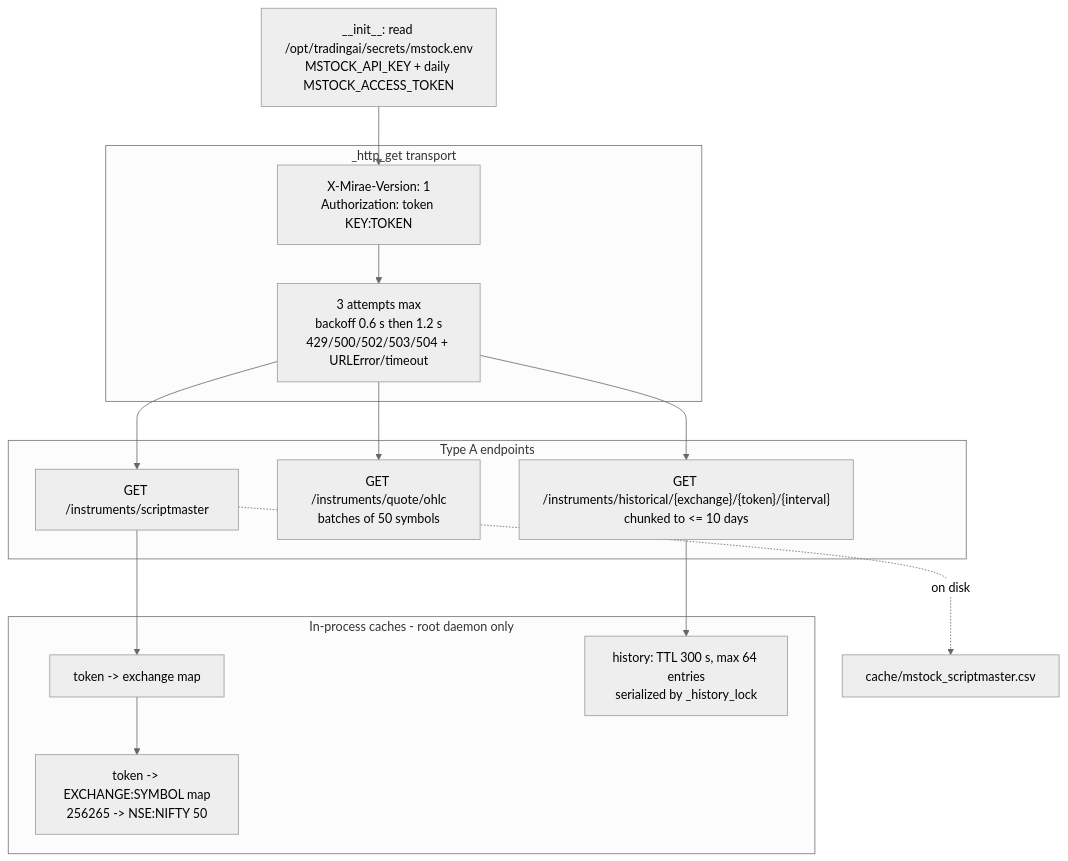
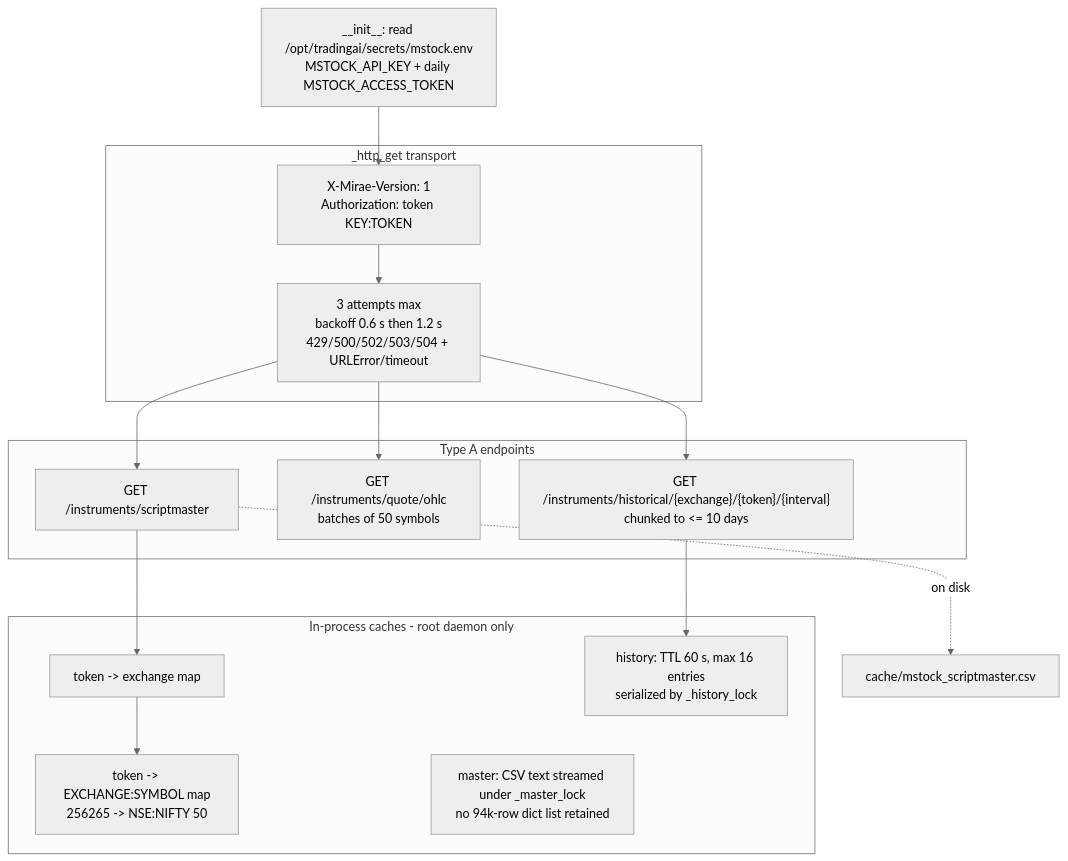
One commit to vedurada/tradingai-lightweight changed the fifth of 5 diagrams in docs/SCANNER_BROKER_ARCHITECTURE.md. Above: the diagram before and after it, drawn with Mermaid (neutral theme). The commit also changed other lines of this file and 1 other file, not shown here.

Commit message:
fix: bound gateway memory by streaming scriptmaster and shrinking history cache

````diff
--- a/docs/SCANNER_BROKER_ARCHITECTURE.md
+++ b/docs/SCANNER_BROKER_ARCHITECTURE.md
@@ -157,28 +157,29 @@
 ```mermaid
 flowchart TB
     SEC["__init__: read /opt/tradingai/secrets/mstock.env<br/>MSTOCK_API_KEY + daily MSTOCK_ACCESS_TOKEN"]
 
     subgraph T["_http_get transport"]
         HDR["X-Mirae-Version: 1<br/>Authorization: token KEY:TOKEN"]
         RETRY["3 attempts max<br/>backoff 0.6 s then 1.2 s<br/>429/500/502/503/504 + URLError/timeout"]
         HDR --> RETRY
     end
 
     subgraph EP["Type A endpoints"]
         SM["GET /instruments/scriptmaster"]
         QT["GET /instruments/quote/ohlc<br/>batches of 50 symbols"]
         HS["GET /instruments/historical/{exchange}/{token}/{interval}<br/>chunked to <= 10 days"]
     end
 
     subgraph C["In-process caches - root daemon only"]
         TM["token -> exchange map"]
         QK["token -> EXCHANGE:SYMBOL map<br/>256265 -> NSE:NIFTY 50"]
-        HC["history: TTL 300 s, max 64 entries<br/>serialized by _history_lock"]
+        HC["history: TTL 60 s, max 16 entries<br/>serialized by _history_lock"]
+        MM["master: CSV text streamed under _master_lock<br/>no 94k-row dict list retained"]
     end
 
     SEC --> HDR
     RETRY --> SM --> TM --> QK
     RETRY --> QT
     RETRY --> HS --> HC
     SM -. on disk .-> CSV["cache/mstock_scriptmaster.csv"]
 ```
````
